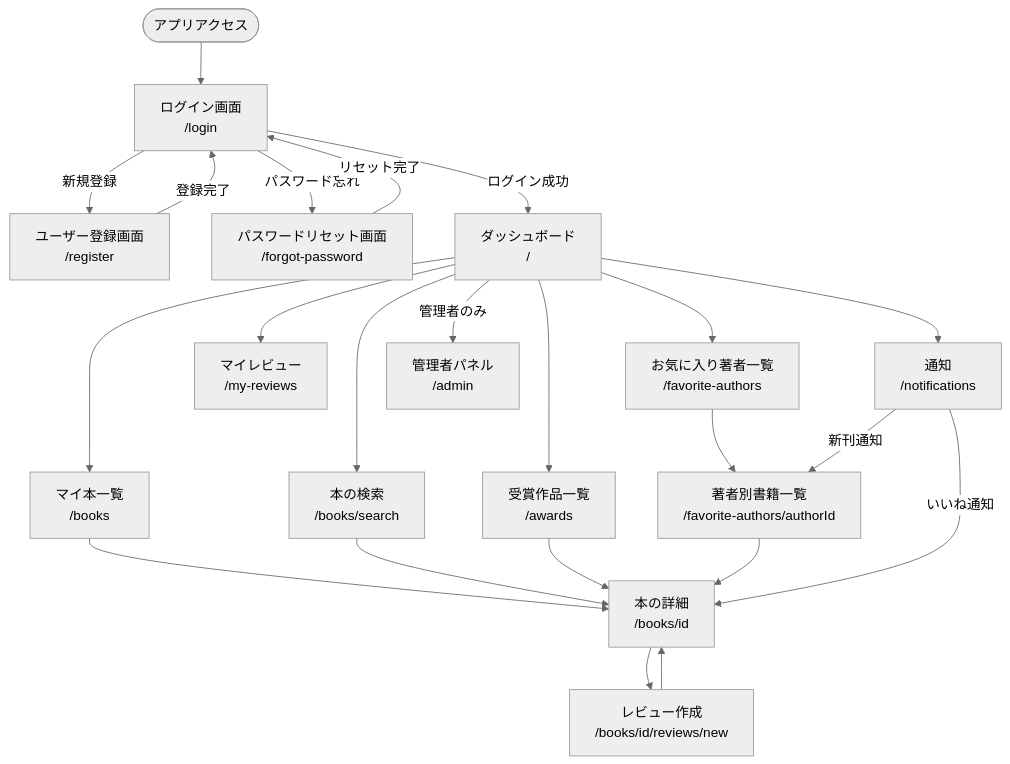
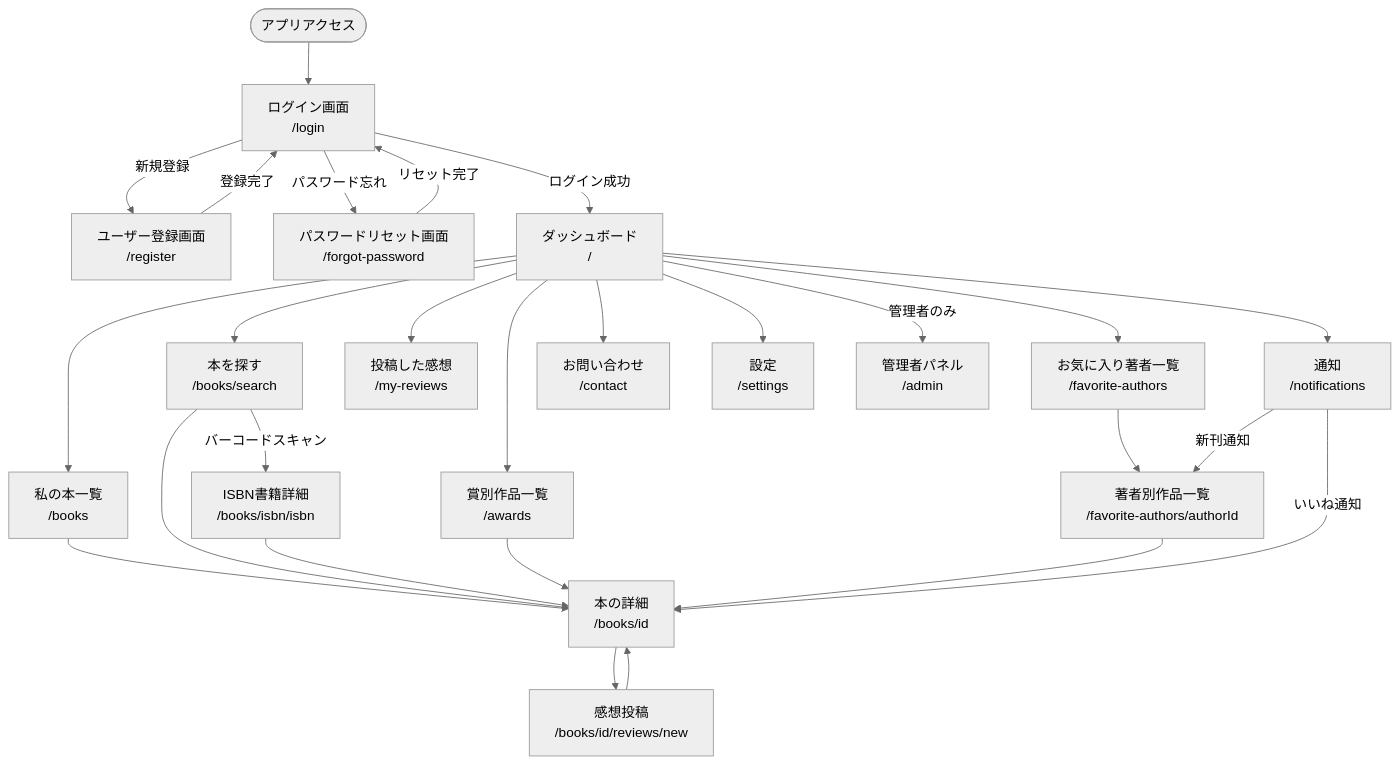
Before and after one commit to yamamotonaoki3/MyBookLibrary: the diagram in docs/screen-transition.md, drawn with Mermaid (neutral theme). The commit also changed other lines of this file and 1 other file, not shown here.

Commit message:
docs: ワイヤーフレームと画面遷移図を現在の実装状態に同期する
- wireframes.md: 9画面 → 17画面に拡充（/forgot-password, /books,
  /books/[id], /books/search, /books/isbn/[isbn], /books/[id]/reviews/new,
  /my-reviews, /settings, /contact を追加）
- wireframes.md: ダッシュボード・管理画面・BottomNavを実装に合わせて修正
  - BottomNav: 4アイテム → 一般8アイテム/管理者7アイテムに更新
  - ダッシュボード: 統計カード・3カラムレイアウトを追加
  - 管理画面: ユーザー管理・統計・問い合わせ管理・報告レビューセクションを追加
- screen-transition.md: 遷移図に/contact, /settings, /books/isbn/[isbn]を追加
- screen-transition.md: ルーティング一覧に/contact, /settingsを追加

Closes #341

````diff
--- a/docs/screen-transition.md
+++ b/docs/screen-transition.md
@@ -3,31 +3,35 @@
 ```mermaid
 flowchart TD
     START([アプリアクセス]) --> LOGIN[ログイン画面\n/login]
 
     LOGIN --> |新規登録| REGISTER[ユーザー登録画面\n/register]
     LOGIN --> |パスワード忘れ| FORGOT[パスワードリセット画面\n/forgot-password]
     REGISTER --> |登録完了| LOGIN
     FORGOT --> |リセット完了| LOGIN
     LOGIN --> |ログイン成功| DASHBOARD[ダッシュボード\n/]
 
-    DASHBOARD --> BOOKS[マイ本一覧\n/books]
-    DASHBOARD --> SEARCH[本の検索\n/books/search]
-    DASHBOARD --> AWARD[受賞作品一覧\n/awards]
+    DASHBOARD --> BOOKS[私の本一覧\n/books]
+    DASHBOARD --> SEARCH[本を探す\n/books/search]
+    DASHBOARD --> AWARD[賞別作品一覧\n/awards]
     DASHBOARD --> FAVORITE[お気に入り著者一覧\n/favorite-authors]
-    DASHBOARD --> MYREVIEWS[マイレビュー\n/my-reviews]
+    DASHBOARD --> MYREVIEWS[投稿した感想\n/my-reviews]
     DASHBOARD --> NOTIFY[通知\n/notifications]
+    DASHBOARD --> CONTACT[お問い合わせ\n/contact]
+    DASHBOARD --> SETTINGS[設定\n/settings]
     DASHBOARD --> |管理者のみ| ADMIN[管理者パネル\n/admin]
 
     BOOKS --> BOOKDETAIL[本の詳細\n/books/id]
     SEARCH --> BOOKDETAIL
+    SEARCH --> |バーコードスキャン| ISBN[ISBN書籍詳細\n/books/isbn/isbn]
+    ISBN --> BOOKDETAIL
     AWARD --> BOOKDETAIL
 
-    BOOKDETAIL --> REVIEWNEW[レビュー作成\n/books/id/reviews/new]
+    BOOKDETAIL --> REVIEWNEW[感想投稿\n/books/id/reviews/new]
     REVIEWNEW --> BOOKDETAIL
 
-    FAVORITE --> AUTHORDETAIL[著者別書籍一覧\n/favorite-authors/authorId]
+    FAVORITE --> AUTHORDETAIL[著者別作品一覧\n/favorite-authors/authorId]
     AUTHORDETAIL --> BOOKDETAIL
 
     NOTIFY --> |新刊通知| AUTHORDETAIL
     NOTIFY --> |いいね通知| BOOKDETAIL
 ```
````
